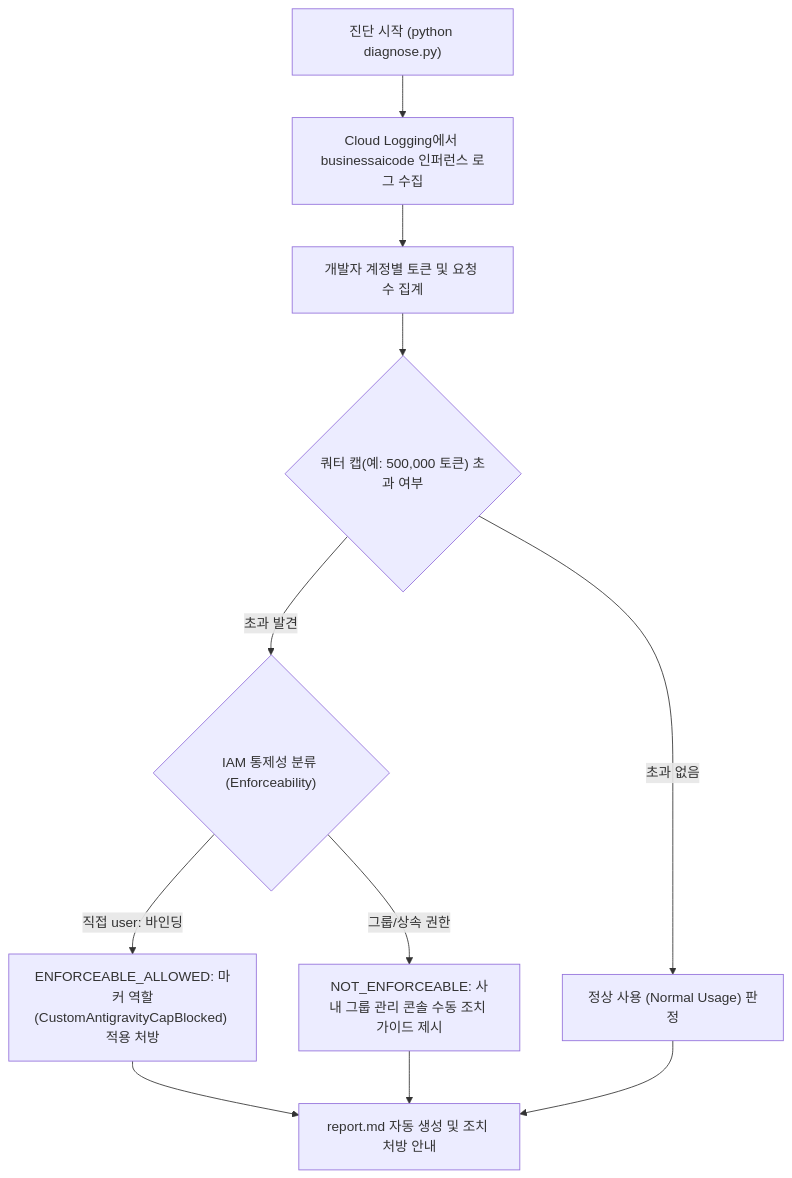
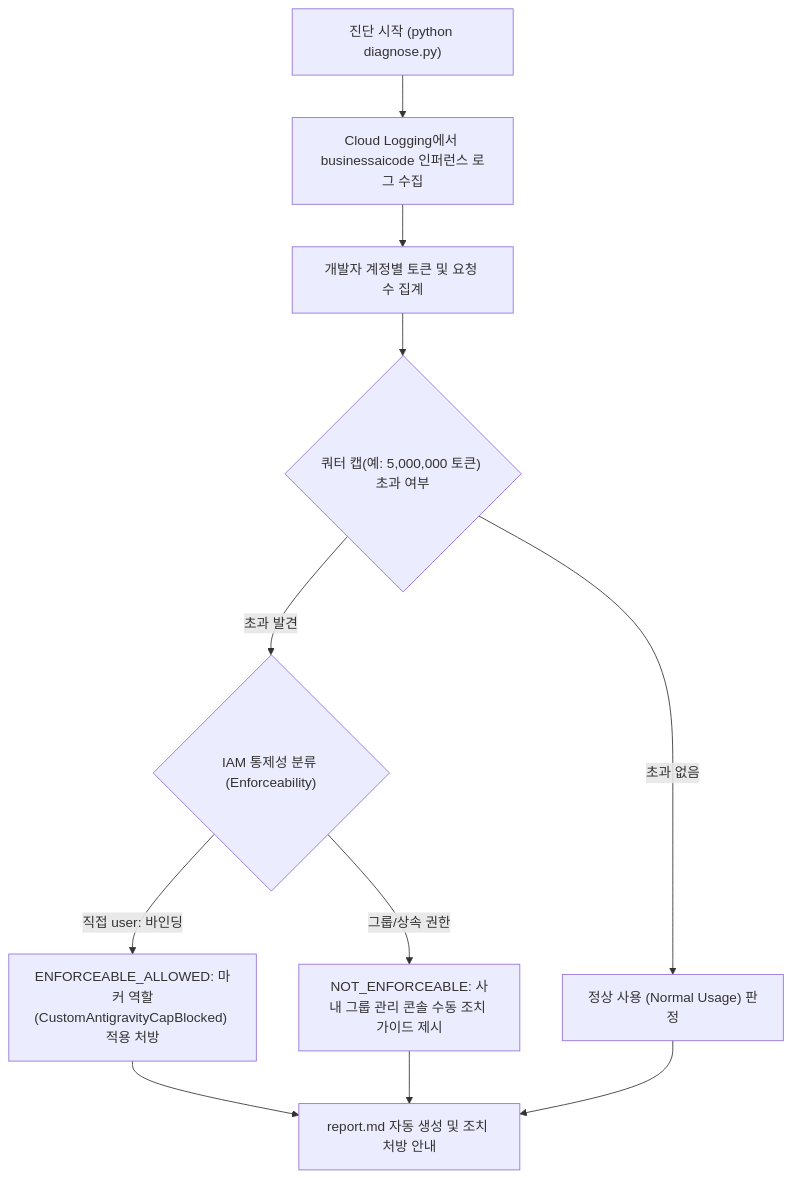
One commit to jiangjun-forge/google-cloud-0-to-1 changed the diagram in samples/antigravity-user-quota-cap/README.md. Above: the diagram before and after it, drawn with Mermaid. The commit also changed other lines of this file and 5 other files, not shown here.

````diff
--- a/samples/antigravity-user-quota-cap/README.md
+++ b/samples/antigravity-user-quota-cap/README.md
@@ -33,13 +33,13 @@
 ```mermaid
 flowchart TD
     A["진단 시작 (python diagnose.py)"] --> B["Cloud Logging에서 businessaicode 인퍼런스 로그 수집"]
     B --> C["개발자 계정별 토큰 및 요청 수 집계"]
-    C --> D{"쿼터 캡(예: 500,000 토큰) 초과 여부"}
+    C --> D{"쿼터 캡(예: 5,000,000 토큰) 초과 여부"}
     D -->|초과 없음| E["정상 사용 (Normal Usage) 판정"]
     D -->|초과 발견| F{"IAM 통제성 분류 (Enforceability)"}
     F -->|직접 user: 바인딩| G["ENFORCEABLE_ALLOWED: 마커 역할(CustomAntigravityCapBlocked) 적용 처방"]
     F -->|그룹/상속 권한| H["NOT_ENFORCEABLE: 사내 그룹 관리 콘솔 수동 조치 가이드 제시"]
     G --> I["report.md 자동 생성 및 조치 처방 안내"]
     H --> I
     E --> I
 ```
````
